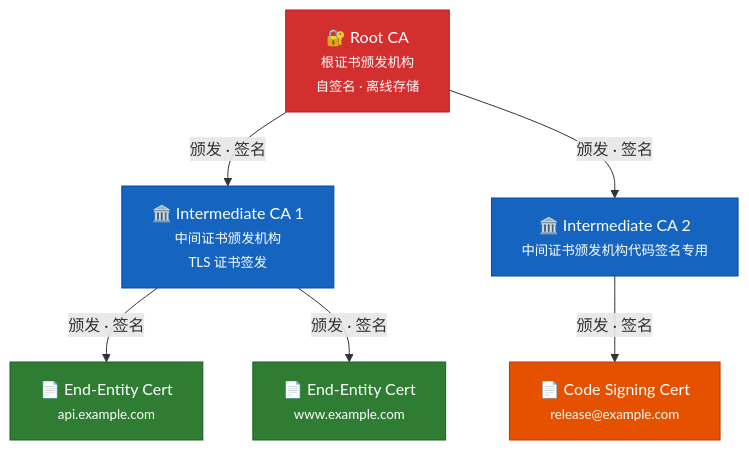
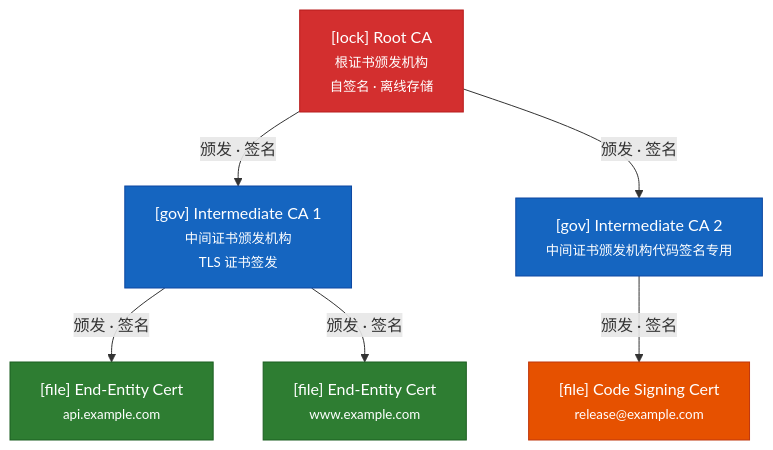
Before and after one commit to SKT-Shurima/NetworkMastery: the first of 6 diagrams in docs/guide/security/pki.md, drawn with Mermaid. The commit also changed other lines of this file and 54 other files, not shown here.

````diff
--- a/docs/guide/security/pki.md
+++ b/docs/guide/security/pki.md
@@ -140,22 +140,22 @@
 ```mermaid
 graph TD
-    RC["🔐 Root CA<br/><small>根证书颁发机构</small><br/><small>自签名 · 离线存储</small>"]
-    IC1["🏛️ Intermediate CA 1<br/><small>中间证书颁发机构</small><br/><small>TLS 证书签发</small>"]
-    IC2["🏛️ Intermediate CA 2<br/><small>中间证书颁发机构</small><small>代码签名专用</small>"]
-    EE1["📄 End-Entity Cert<br/><small>api.example.com</small>"]
-    EE2["📄 End-Entity Cert<br/><small>www.example.com</small>"]
-    EE3["📄 Code Signing Cert<br/><small>release@example.com</small>"]
+    RC["[lock] Root CA<br/><small>根证书颁发机构</small><br/><small>自签名 · 离线存储</small>"]
+    IC1["[gov] Intermediate CA 1<br/><small>中间证书颁发机构</small><br/><small>TLS 证书签发</small>"]
+    IC2["[gov] Intermediate CA 2<br/><small>中间证书颁发机构</small><small>代码签名专用</small>"]
+    EE1["[file] End-Entity Cert<br/><small>api.example.com</small>"]
+    EE2["[file] End-Entity Cert<br/><small>www.example.com</small>"]
+    EE3["[file] Code Signing Cert<br/><small>release@example.com</small>"]
 
     RC -->|"颁发 · 签名"| IC1
     RC -->|"颁发 · 签名"| IC2
     IC1 -->|"颁发 · 签名"| EE1
     IC1 -->|"颁发 · 签名"| EE2
     IC2 -->|"颁发 · 签名"| EE3
 
     style RC fill:#d32f2f,color:#fff,stroke:#b71c1c
     style IC1 fill:#1565c0,color:#fff,stroke:#0d47a1
     style IC2 fill:#1565c0,color:#fff,stroke:#0d47a1
     style EE1 fill:#2e7d32,color:#fff,stroke:#1b5e20
     style EE2 fill:#2e7d32,color:#fff,stroke:#1b5e20
     style EE3 fill:#e65100,color:#fff,stroke:#bf360c
 ```
````
